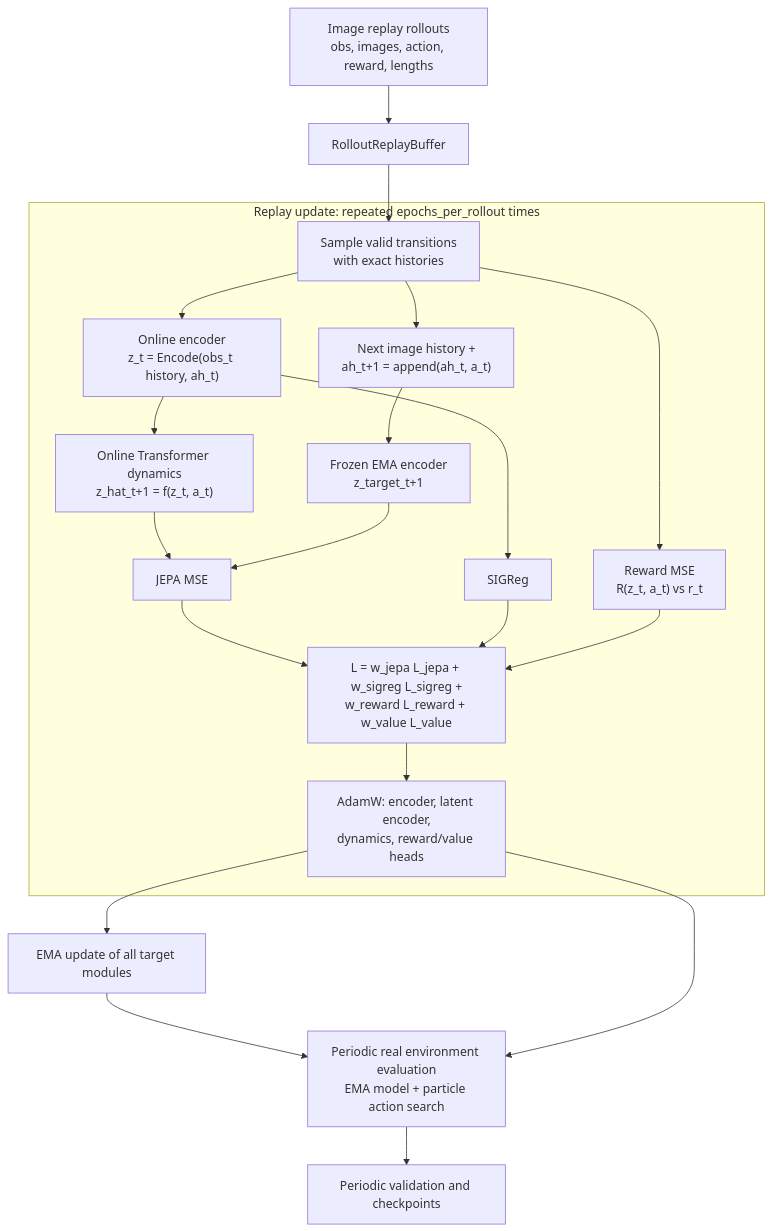
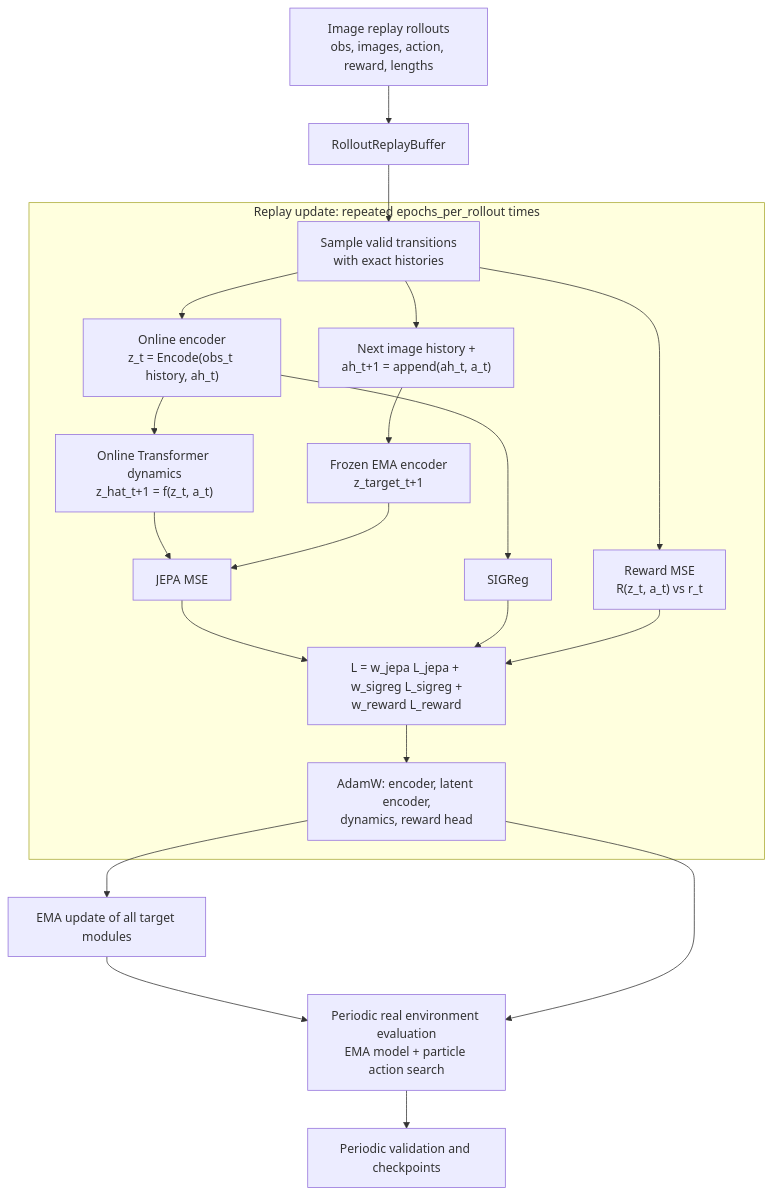
One commit to IBNBlank/piece_of_wm changed the first of 2 diagrams in trans_wm_le/TRAINING_LOGIC.md. Above: the diagram before and after it, drawn with Mermaid. The commit also changed other lines of this file and 28 other files, not shown here.

````diff
--- a/trans_wm_le/TRAINING_LOGIC.md
+++ b/trans_wm_le/TRAINING_LOGIC.md
@@ -7,26 +7,26 @@
 ```mermaid
 flowchart TD
     DATA["Image replay rollouts<br/>obs, images, action, reward, lengths"] --> BUFFER["RolloutReplayBuffer"]
     BUFFER --> SAMPLE["Sample valid transitions<br/>with exact histories"]
 
     subgraph ReplayUpdate[Replay update: repeated epochs_per_rollout times]
         SAMPLE --> ONLINE["Online encoder<br/>z_t = Encode(obs_t history, ah_t)"]
         ONLINE --> DYN["Online Transformer dynamics<br/>z_hat_t+1 = f(z_t, a_t)"]
         SAMPLE --> TARGET_INPUT["Next image history +<br/>ah_t+1 = append(ah_t, a_t)"]
         TARGET_INPUT --> TARGET["Frozen EMA encoder<br/>z_target_t+1"]
         DYN --> JEPA["JEPA MSE"]
         TARGET --> JEPA
         ONLINE --> SIGREG["SIGReg"]
         SAMPLE --> REWARD["Reward MSE<br/>R(z_t, a_t) vs r_t"]
-        JEPA --> TOTAL["L = w_jepa L_jepa + w_sigreg L_sigreg +<br/>w_reward L_reward + w_value L_value"]
+        JEPA --> TOTAL["L = w_jepa L_jepa + w_sigreg L_sigreg +<br/>w_reward L_reward"]
         SIGREG --> TOTAL
         REWARD --> TOTAL
-        TOTAL --> WORLD_OPT["AdamW: encoder, latent encoder,<br/>dynamics, reward/value heads"]
+        TOTAL --> WORLD_OPT["AdamW: encoder, latent encoder,<br/>dynamics, reward head"]
     end
 
     WORLD_OPT --> EMA1["EMA update of all target modules"]
     EMA1 --> ONLINE_EPISODE
 
     WORLD_OPT --> ONLINE_EPISODE["Periodic real environment evaluation<br/>EMA model + particle action search"]
     ONLINE_EPISODE --> CHECK["Periodic validation and checkpoints"]
 ```
````
